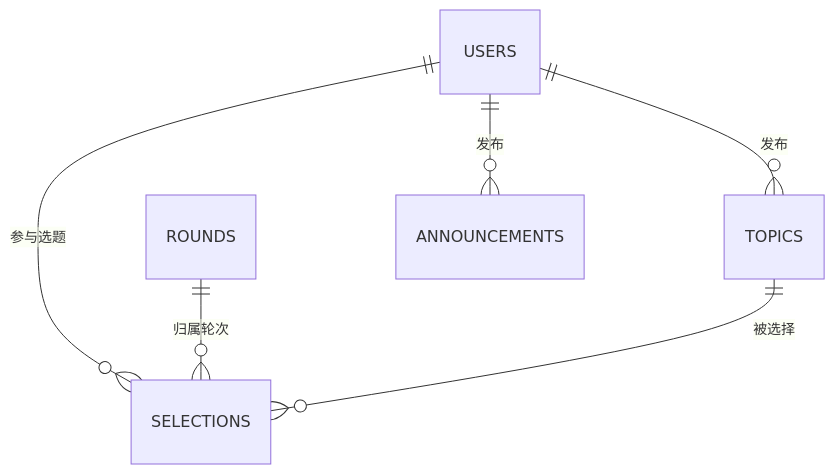
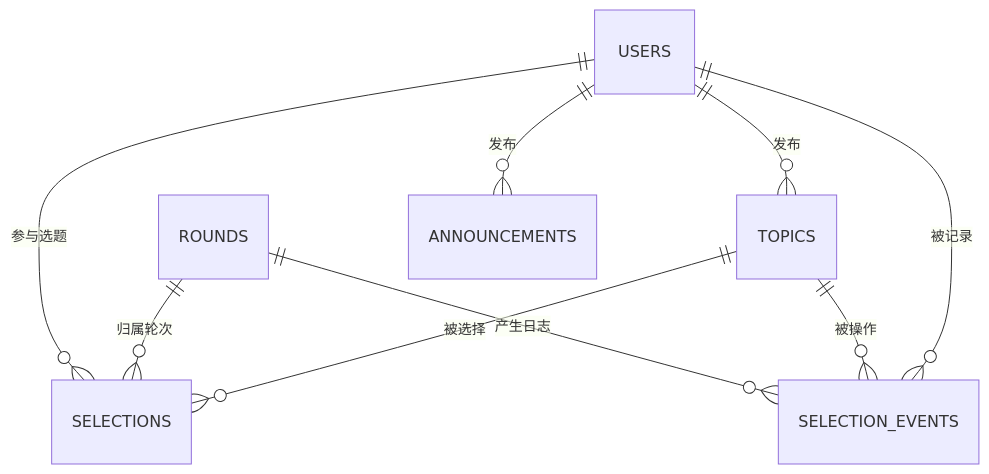
Before and after one commit to haixiaoyuntian/topicgo: the second of 2 diagrams in student-topic-system/design/设计报告.md, drawn with Mermaid. The commit also changed other lines of this file and 17 other files, not shown here.

````diff
--- a/student-topic-system/design/设计报告.md
+++ b/student-topic-system/design/设计报告.md
@@ -72,8 +85,11 @@
 ```mermaid
 erDiagram
     USERS ||--o{ SELECTIONS : "参与选题"
     ROUNDS ||--o{ SELECTIONS : "归属轮次"
     TOPICS ||--o{ SELECTIONS : "被选择"
     USERS ||--o{ TOPICS : "发布"
     USERS ||--o{ ANNOUNCEMENTS : "发布"
+    ROUNDS ||--o{ SELECTION_EVENTS : "产生日志"
+    TOPICS ||--o{ SELECTION_EVENTS : "被操作"
+    USERS ||--o{ SELECTION_EVENTS : "被记录"
 ```
````
